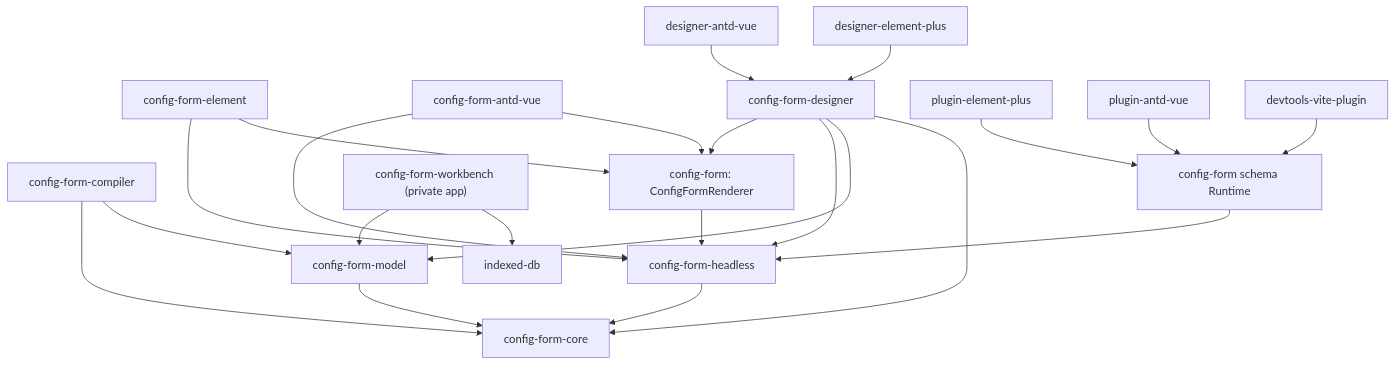
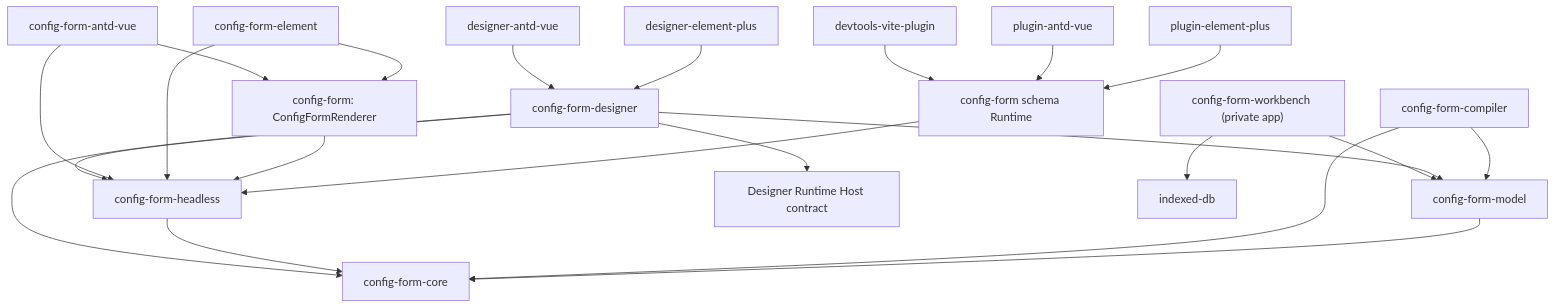
The diagram in packages/ConfigForm/README.md (moluoxixi/vue-components), drawn with Mermaid before and after one commit. The commit also changed other lines of this file and 240 other files, not shown here.

````diff
--- a/packages/ConfigForm/README.md
+++ b/packages/ConfigForm/README.md
@@ -16,24 +16,24 @@
 ```mermaid
 flowchart TD
   Model["config-form-model"] --> Core["config-form-core"]
   Compiler["config-form-compiler"] --> Model
   Compiler --> Core
   Headless["config-form-headless"] --> Core["config-form-core"]
   Runtime["config-form schema Runtime"] --> Headless
   Renderer["config-form: ConfigFormRenderer"] --> Headless
   Element["config-form-element"] --> Renderer
   Element --> Headless
   Antd["config-form-antd-vue"] --> Renderer
   Antd --> Headless
   Designer["config-form-designer"] --> Core
   Designer --> Model
   Designer --> Headless
-  Designer --> Renderer
+  Designer --> HostContract["Designer Runtime Host contract"]
   DesignerElement["designer-element-plus"] --> Designer
   DesignerAntd["designer-antd-vue"] --> Designer
   Workbench["config-form-workbench (private app)"] --> IndexedDB["indexed-db"]
   Workbench --> Model
   PluginElement["plugin-element-plus"] --> Runtime
   PluginAntd["plugin-antd-vue"] --> Runtime
   Devtools["devtools-vite-plugin"] --> Runtime
 ```
````
